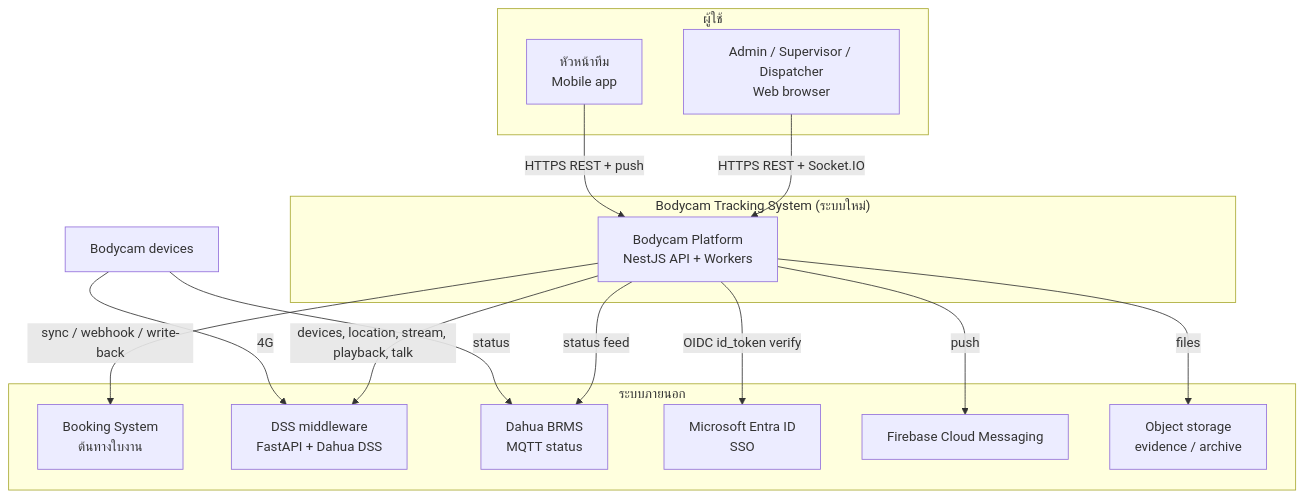
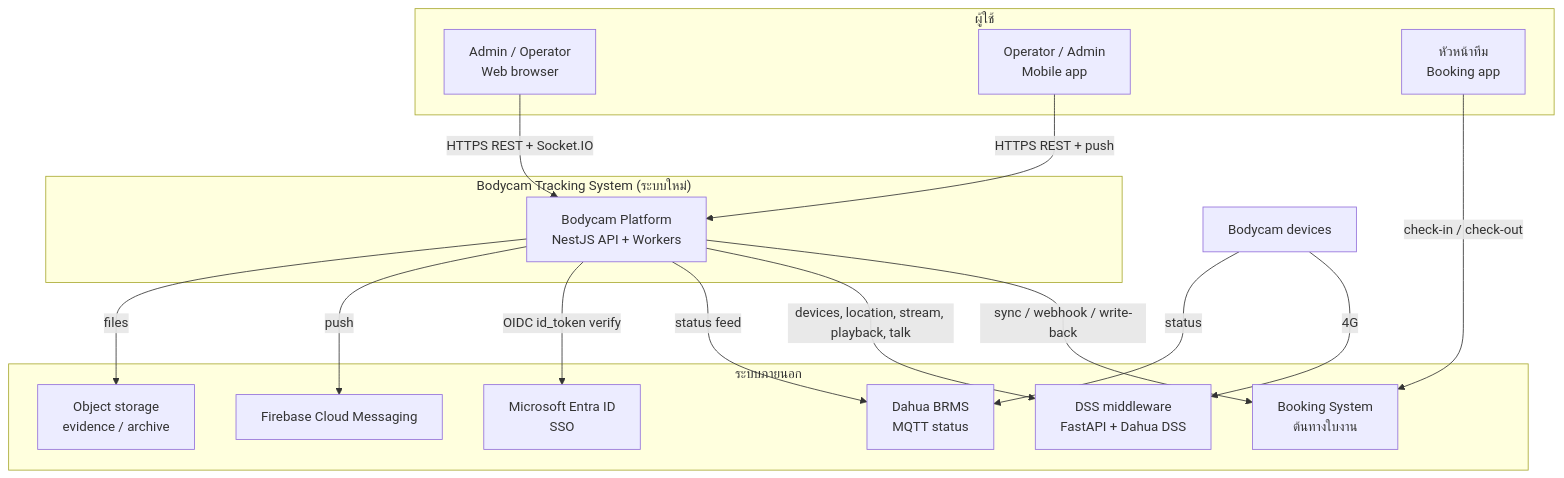
Before and after one commit to b-werayut/psd-bodycam-v1.0: the first of 6 diagrams in docs/blueprint/02-system-architecture.md, drawn with Mermaid. The commit also changed other lines of this file and 8 other files, not shown here.

````diff
--- a/docs/blueprint/02-system-architecture.md
+++ b/docs/blueprint/02-system-architecture.md
@@ -21,29 +21,31 @@
 ```mermaid
 flowchart TB
   subgraph Users["ผู้ใช้"]
-    OPS["Admin / Supervisor / Dispatcher<br/>Web browser"]
-    LEAD["หัวหน้าทีม<br/>Mobile app"]
+    OPS["Admin / Operator<br/>Web browser"]
+    LEAD["Operator / Admin<br/>Mobile app"]
+    TL["หัวหน้าทีม<br/>Booking app"]
   end
   subgraph Sys["Bodycam Tracking System (ระบบใหม่)"]
     CORE["Bodycam Platform<br/>NestJS API + Workers"]
   end
   subgraph Ext["ระบบภายนอก"]
     BOOK["Booking System<br/>ต้นทางใบงาน"]
     DSS["DSS middleware<br/>FastAPI + Dahua DSS"]
     BRMS["Dahua BRMS<br/>MQTT status"]
     ENTRA["Microsoft Entra ID<br/>SSO"]
     FCM["Firebase Cloud Messaging"]
     OBJ["Object storage<br/>evidence / archive"]
   end
   CAM["Bodycam devices"]
   OPS -- "HTTPS REST + Socket.IO" --> CORE
   LEAD -- "HTTPS REST + push" --> CORE
+  TL -- "check-in / check-out" --> BOOK
   CORE -- "sync / webhook / write-back" --> BOOK
   CORE -- "devices, location, stream, playback, talk" --> DSS
   CORE -- "status feed" --> BRMS
   CORE -- "OIDC id_token verify" --> ENTRA
   CORE -- "push" --> FCM
   CORE -- "files" --> OBJ
   CAM -- "4G" --> DSS
   CAM -- "status" --> BRMS
 ```
````
